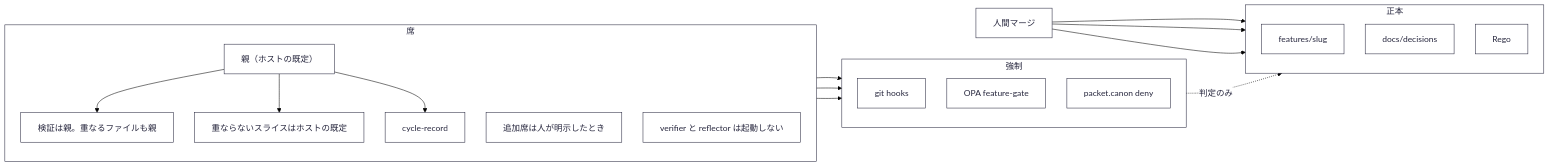
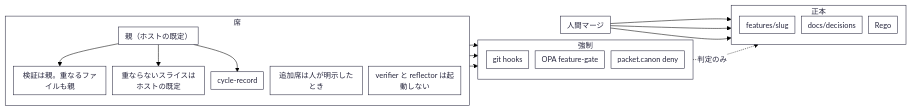
One commit to marumo333/SuiteLLM changed the diagram in docs/architecture/runtime-overview.mmd. Above: the diagram before and after it, drawn with Mermaid. The commit also changed 16 other files, not shown here.

First line of the commit message:
feat: クラウド起動の初期化を入口図に載せる

```diff
--- a/docs/architecture/runtime-overview.mmd
+++ b/docs/architecture/runtime-overview.mmd
@@ -1,36 +1,36 @@
-%%{init: {"theme":"base","themeVariables":{"background":"#ffffff","primaryColor":"#ffffff","primaryTextColor":"#26263d","primaryBorderColor":"#26263d","lineColor":"#000000","textColor":"#26263d","mainBkg":"#ffffff","nodeBorder":"#26263d","clusterBkg":"#ffffff","clusterBorder":"#26263d","titleColor":"#26263d","edgeLabelBackground":"#ffffff","fontFamily":"WenQuanYi Micro Hei, sans-serif","fontSize":"16px"},"themeCSS":".node rect,.node polygon,.node circle,.node ellipse{filter:drop-shadow(4px 4px 0 #f0f0f0);stroke:#26263d;stroke-width:2px;fill:#ffffff}.cluster rect{fill:#ffffff;stroke:#26263d;stroke-width:1.5px}.flowchart-link{stroke:#000000;stroke-width:2px}.edge-thickness-thick{stroke-width:3.5px}.edge-pattern-dashed,.edge-pattern-dotted{stroke-dasharray:12 8}","flowchart":{"useMaxWidth":false,"htmlLabels":true,"wrappingWidth":280,"padding":16,"nodeSpacing":40,"rankSpacing":48,"diagramPadding":28,"curve":"basis"}}}%%
+%%{init: {"theme":"base","themeVariables":{"background":"#ffffff","primaryColor":"#ffffff","primaryTextColor":"#26263d","primaryBorderColor":"#26263d","lineColor":"#000000","textColor":"#26263d","mainBkg":"#ffffff","nodeBorder":"#26263d","clusterBkg":"#ffffff","clusterBorder":"#26263d","titleColor":"#26263d","edgeLabelBackground":"#ffffff","fontFamily":"WenQuanYi Micro Hei, sans-serif","fontSize":"14px"},"themeCSS":".node rect,.node polygon,.node circle,.node ellipse{filter:drop-shadow(3px 3px 0 #f0f0f0);stroke:#26263d;stroke-width:1.5px;fill:#ffffff}.cluster rect{fill:#ffffff;stroke:#26263d;stroke-width:1px}.flowchart-link{stroke:#000000;stroke-width:1.5px}.edge-thickness-thick{stroke-width:2.5px}.edge-pattern-dashed,.edge-pattern-dotted{stroke-dasharray:12 8}","flowchart":{"useMaxWidth":false,"htmlLabels":true,"wrappingWidth":150,"padding":6,"nodeSpacing":12,"rankSpacing":16,"diagramPadding":8,"curve":"basis"}}}%%
 flowchart LR
   subgraph seats["席"]
     direction TB
     G["親（ホストの既定）"]
     IMP["検証は親。重なるファイルも親"]
     PAR["重ならないスライスはホストの既定"]
     Rec["cycle-record"]
     BA["追加席は人が明示したとき"]
     OFF["verifier と reflector は起動しない"]
   end
 
   subgraph force["強制"]
     direction TB
     Hook["git hooks"]
     Gate["OPA feature-gate"]
     Packet["packet.canon deny"]
   end
 
   subgraph canon["正本"]
     direction TB
     Beh["features/slug"]
     Docs["docs/decisions"]
     Policy["Rego"]
   end
 
   G --> IMP
   G --> PAR
   IMP --> Hook
   IMP --> Gate
   Gate -.->|"判定のみ"| Policy
   G --> Rec
   Rec --> Packet["packet.canon deny"]
   HM["人間マージ"] --> Beh
   HM --> Docs
   HM --> Policy
```
